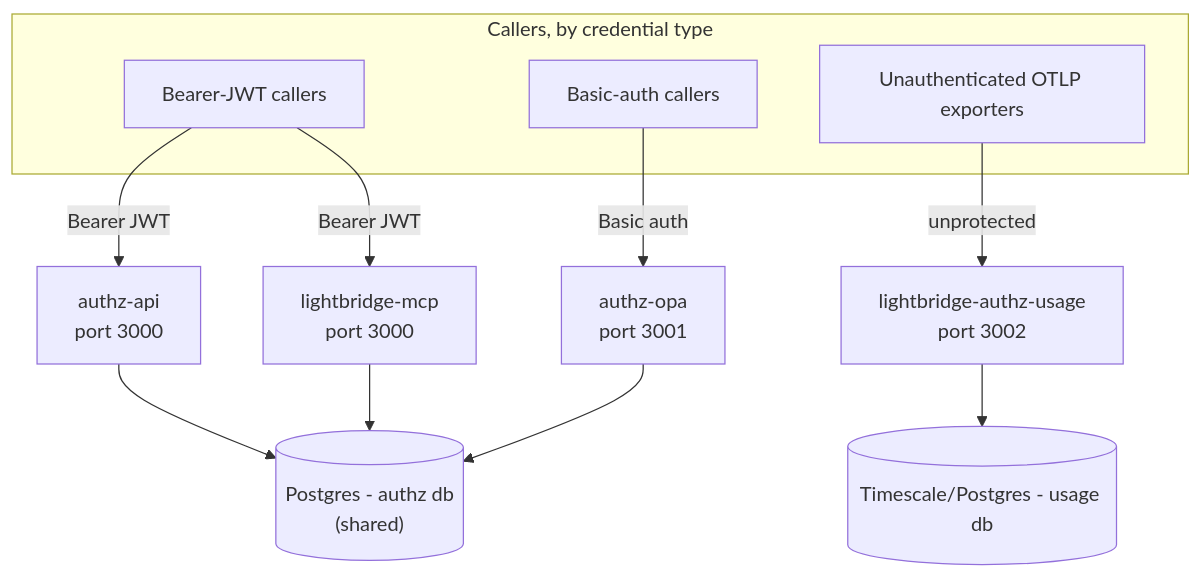
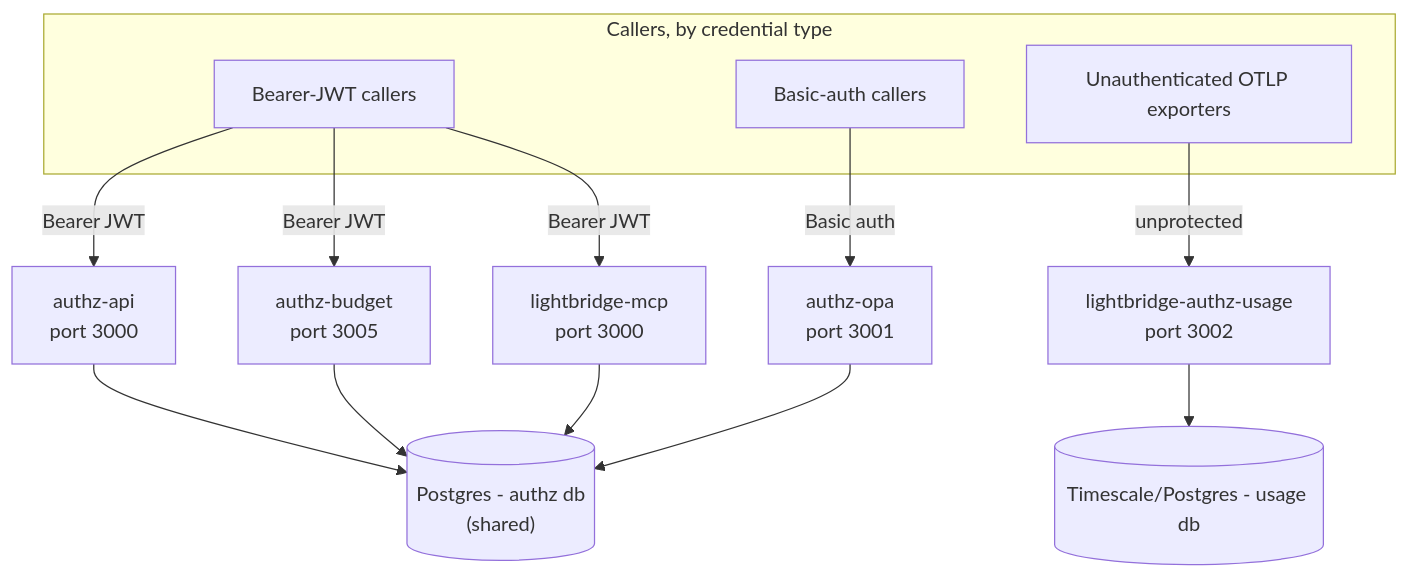
One commit to ADORSYS-GIS/lightbridge-authz changed the second of 2 diagrams in docs/architecture/README.md. Above: the diagram before and after it, drawn with Mermaid. The commit also changed other lines of this file and 19 other files, not shown here.

````diff
--- a/docs/architecture/README.md
+++ b/docs/architecture/README.md
@@ -72,26 +83,29 @@
 ```mermaid
 flowchart TB
     subgraph callerKinds["Callers, by credential type"]
         C1["Bearer-JWT callers"]
         C2["Basic-auth callers"]
         C3["Unauthenticated OTLP exporters"]
     end
 
     API["authz-api\nport 3000"]
     OPA["authz-opa\nport 3001"]
+    Budget["authz-budget\nport 3005"]
     MCP["lightbridge-mcp\nport 3000"]
     Usage["lightbridge-authz-usage\nport 3002"]
 
     AuthzDB[("Postgres - authz db\n(shared)")]
     UsageDB[("Timescale/Postgres - usage db")]
 
     C1 -->|"Bearer JWT"| API
+    C1 -->|"Bearer JWT"| Budget
     C1 -->|"Bearer JWT"| MCP
     C2 -->|"Basic auth"| OPA
     C3 -->|"unprotected"| Usage
 
     API --> AuthzDB
     OPA --> AuthzDB
+    Budget --> AuthzDB
     MCP --> AuthzDB
     Usage --> UsageDB
 ```
````
